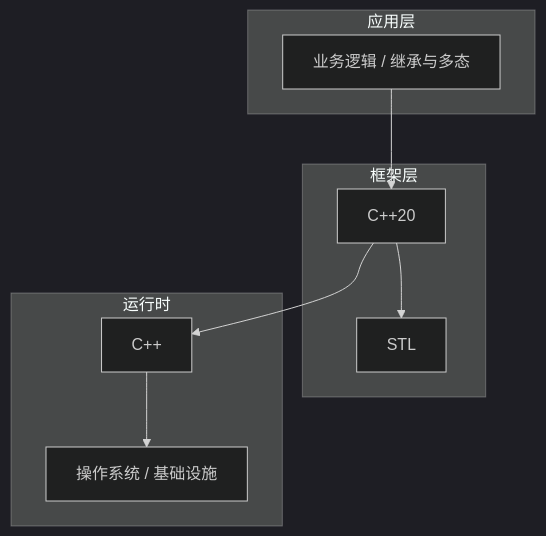
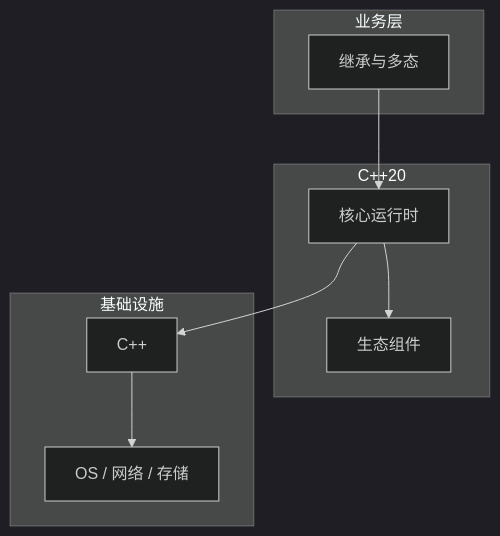
The diagram in articles/C++/chapters/029-继承与多态核心概念与原理.md (yanggan2015/knowledge-json-v2), drawn with Mermaid (dark theme) before and after one commit. The commit also changed other lines of this file and 10127 other files, not shown here.

````diff
--- a/articles/C++/chapters/029-继承与多态核心概念与原理.md
+++ b/articles/C++/chapters/029-继承与多态核心概念与原理.md
@@ -45,18 +34,18 @@
 ```mermaid
 graph TB
-    subgraph 应用层
-        A[业务逻辑 / 继承与多态]
+    subgraph 业务层
+        A[继承与多态]
     end
-    subgraph 框架层
-        B[C++20]
-        C[STL]
+    subgraph C++20
+        B[核心运行时]
+        C[生态组件]
     end
-    subgraph 运行时
+    subgraph 基础设施
         D[C++]
-        E[操作系统 / 基础设施]
+        E[OS / 网络 / 存储]
     end
     A --> B
     B --> C
     B --> D
     D --> E
 ```
````
